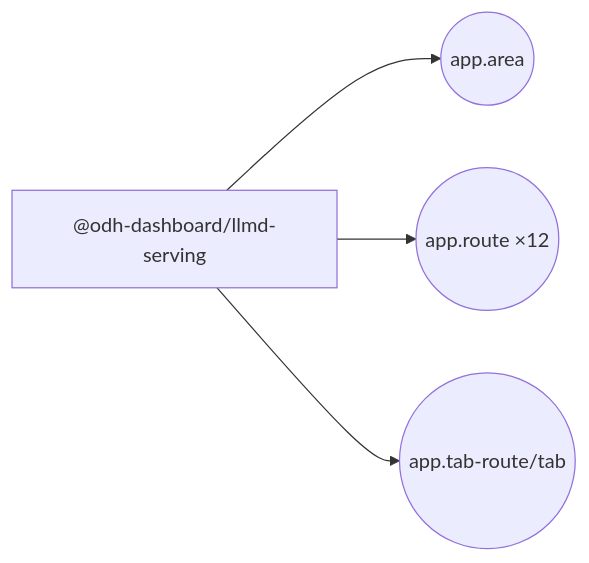
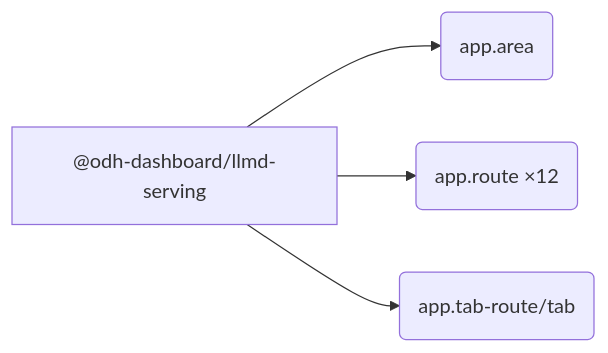
The first of 2 diagrams in packages/llmd-serving/docs/extensions.md (mturley/odh-dashboard), drawn with Mermaid before and after one commit. The commit also changed other lines of this file and 24 other files, not shown here.

````diff
--- a/packages/llmd-serving/docs/extensions.md
+++ b/packages/llmd-serving/docs/extensions.md
@@ -15,10 +15,10 @@
 ```mermaid
 flowchart LR
   pkg_n__odh_dashboard_llmd_serving_2d801a["@odh-dashboard/llmd-serving"]
-  point_n_app_area_bcfe23(("app.area"))
+  point_n_app_area_bcfe23("app.area")
   pkg_n__odh_dashboard_llmd_serving_2d801a --> point_n_app_area_bcfe23
-  point_n_app_route_2735df(("app.route ×12"))
+  point_n_app_route_2735df("app.route ×12")
   pkg_n__odh_dashboard_llmd_serving_2d801a --> point_n_app_route_2735df
-  point_n_app_tab_route_tab_10b1cd(("app.tab-route/tab"))
+  point_n_app_tab_route_tab_10b1cd("app.tab-route/tab")
   pkg_n__odh_dashboard_llmd_serving_2d801a --> point_n_app_tab_route_tab_10b1cd
 ```
````
